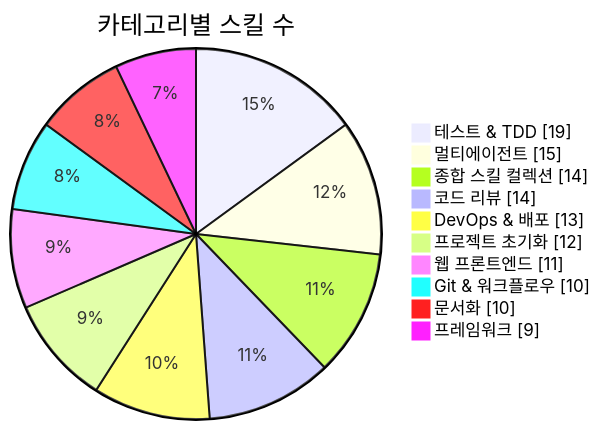
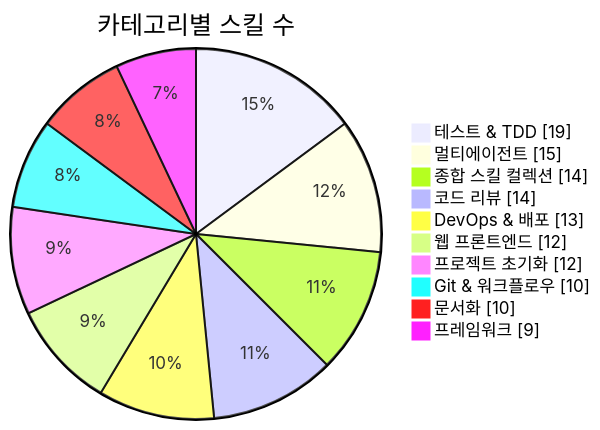
Before and after one commit to J-nowcow/awesome-korean-agent-skills: the first of 3 diagrams in README.md, drawn with Mermaid. The commit also changed other lines of this file and 5 other files, not shown here.

````diff
--- a/README.md
+++ b/README.md
@@ -176,14 +176,14 @@
 ```mermaid
 pie showData
     title 카테고리별 스킬 수
     "테스트 & TDD" : 19
     "멀티에이전트" : 15
     "종합 스킬 컬렉션" : 14
     "코드 리뷰" : 14
     "DevOps & 배포" : 13
+    "웹 프론트엔드" : 12
     "프로젝트 초기화" : 12
-    "웹 프론트엔드" : 11
     "Git & 워크플로우" : 10
     "문서화" : 10
     "프레임워크" : 9
 ```
````
